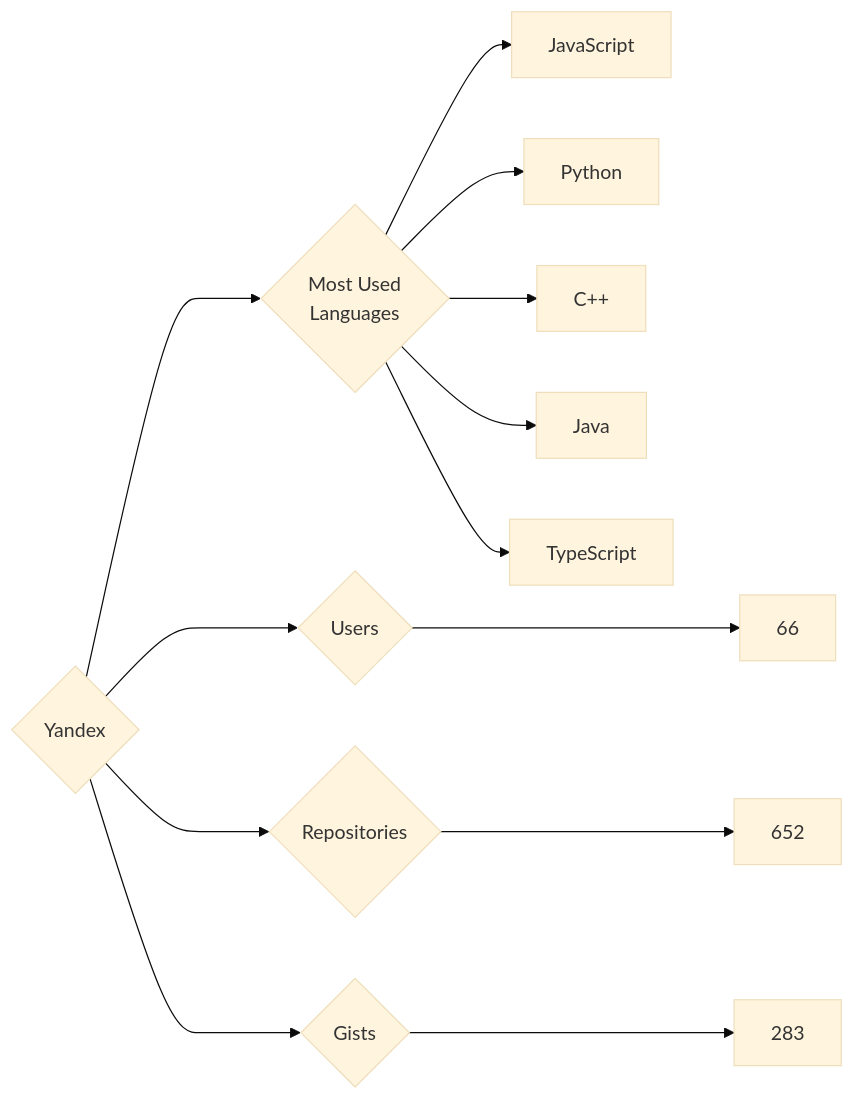
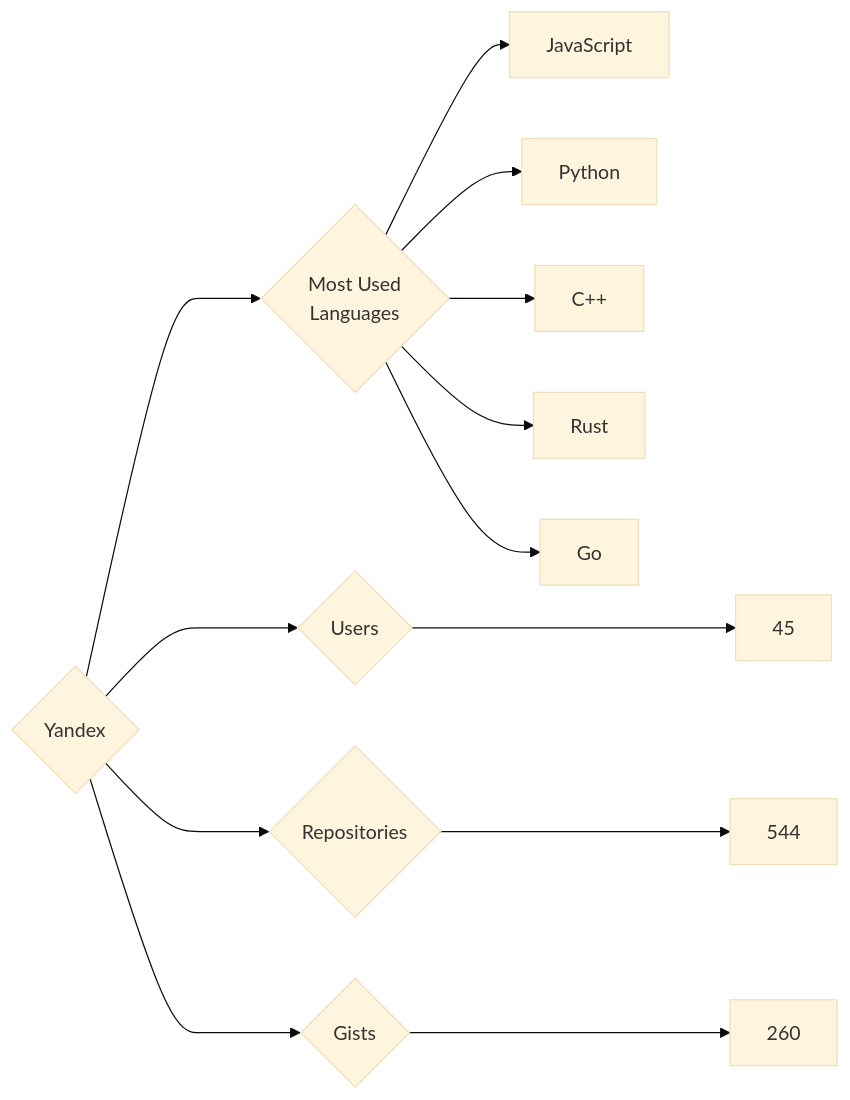
Before and after one commit to trickest/insiders: the diagram in targets/Yandex/README.md, drawn with Mermaid (base theme). The commit also changed 886 other files, not shown here.

````diff
--- a/targets/Yandex/README.md
+++ b/targets/Yandex/README.md
@@ -3,13 +3,13 @@
 ```mermaid
 graph LR
 COMPANY_NAME{Yandex}
-COMPANY_NAME ---> U{Users} ---> UN[66]
-COMPANY_NAME ---> R{Repositories} ---> RN[652]
-COMPANY_NAME ---> G{Gists} ---> GN[283]
+COMPANY_NAME ---> U{Users} ---> UN[45]
+COMPANY_NAME ---> R{Repositories} ---> RN[544]
+COMPANY_NAME ---> G{Gists} ---> GN[260]
 COMPANY_NAME ---> ML{Most Used<br>Languages}
 ML --> JavaScript[JavaScript]
 ML --> Python[Python]
 ML --> C++[C++]
-ML --> Java[Java]
-ML --> TypeScript[TypeScript]
+ML --> Rust[Rust]
+ML --> Go[Go]
 ```
````
